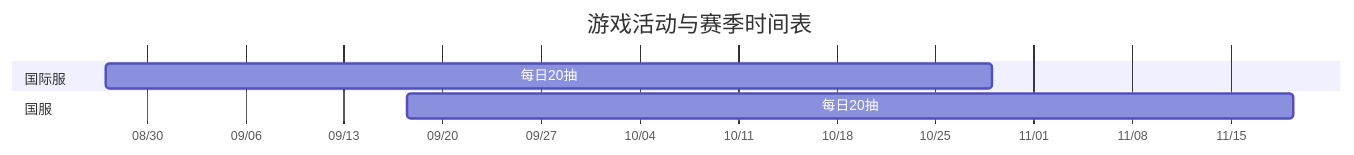
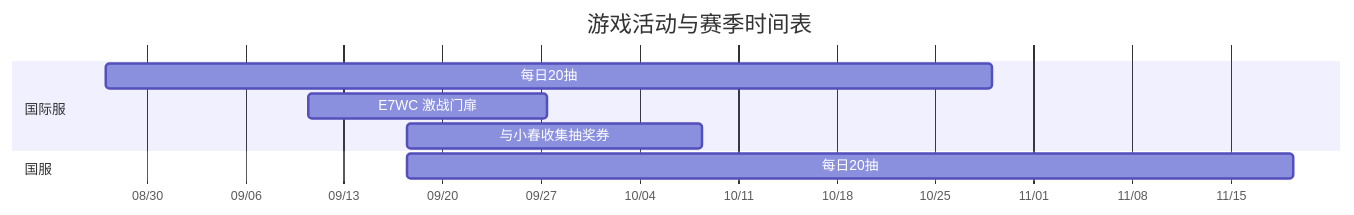
The diagram in tasks/activity/calendar.md (Rea1-ms/AutoEpicSeven), drawn with Mermaid before and after one commit. The commit also changed other lines of this file and 2 other files, not shown here.

Commit message:
Upd: add overseas event schedules and explain CN fallback

````diff
--- a/tasks/activity/calendar.md
+++ b/tasks/activity/calendar.md
@@ -3,10 +3,12 @@
 ```mermaid
 gantt
     title 游戏活动与赛季时间表
     dateFormat YYYY-MM-DD HH:mm
     axisFormat %m/%d
     section 国际服
     每日20抽 :OVERSEA_free_gacha_20_2026_08_27, 2026-08-27 02:00, 2026-10-29 02:00
+    E7WC 激战门扉 :OVERSEA_e7wc_battle_gate_2026_09_10, 2026-09-10 11:00, 2026-09-27 11:00
+    与小春收集抽奖券 :OVERSEA_koharu_raffle_2026_09_17, 2026-09-17 11:00, 2026-10-08 11:00
     section 国服
     每日20抽 :CN_free_gacha_20_2026_08_27, 2026-09-17 11:00, 2026-11-19 11:00
 ```
````
